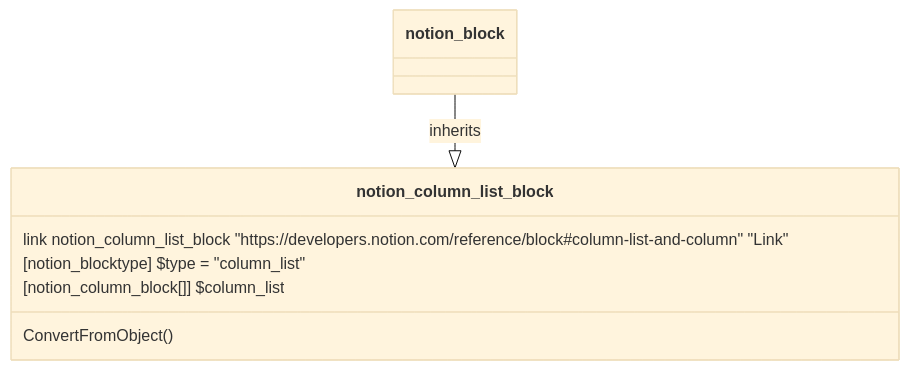
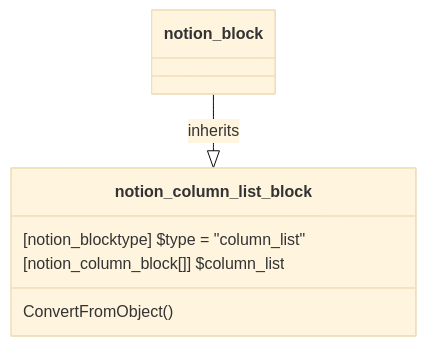
One commit to fasteiner/Notion changed the diagram in source/WikiSource/Classes/Block/13_Column_List.md. Above: the diagram before and after it, drawn with Mermaid (base theme). The commit also changed 31 other files, not shown here.

Commit message:
fix: correct spelling of "Reference" in API documentation, heading dependency, removed unsuported link in mermaid

````diff
--- a/source/WikiSource/Classes/Block/13_Column_List.md
+++ b/source/WikiSource/Classes/Block/13_Column_List.md
@@ -5,10 +5,9 @@
 ```mermaid
 classDiagram
     class notion_column_list_block {
-        link notion_column_list_block "https://developers.notion.com/reference/block#column-list-and-column" "Link"
         [notion_blocktype] $type = "column_list"
         [notion_column_block[]] $column_list
         ConvertFromObject()
     }
     `notion_block` --|> `notion_column_list_block`:inherits
 ```
````
